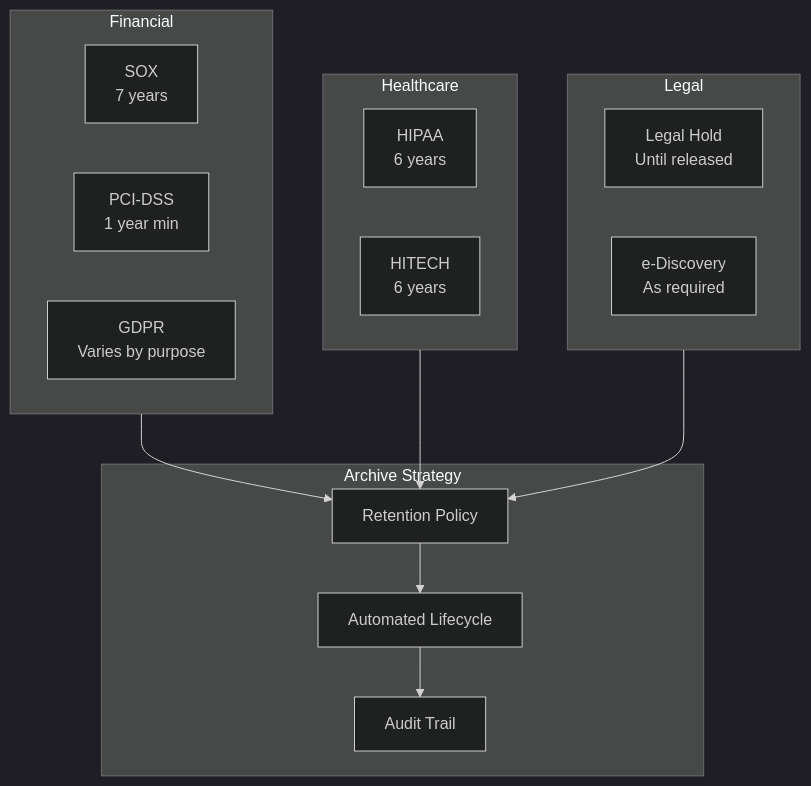
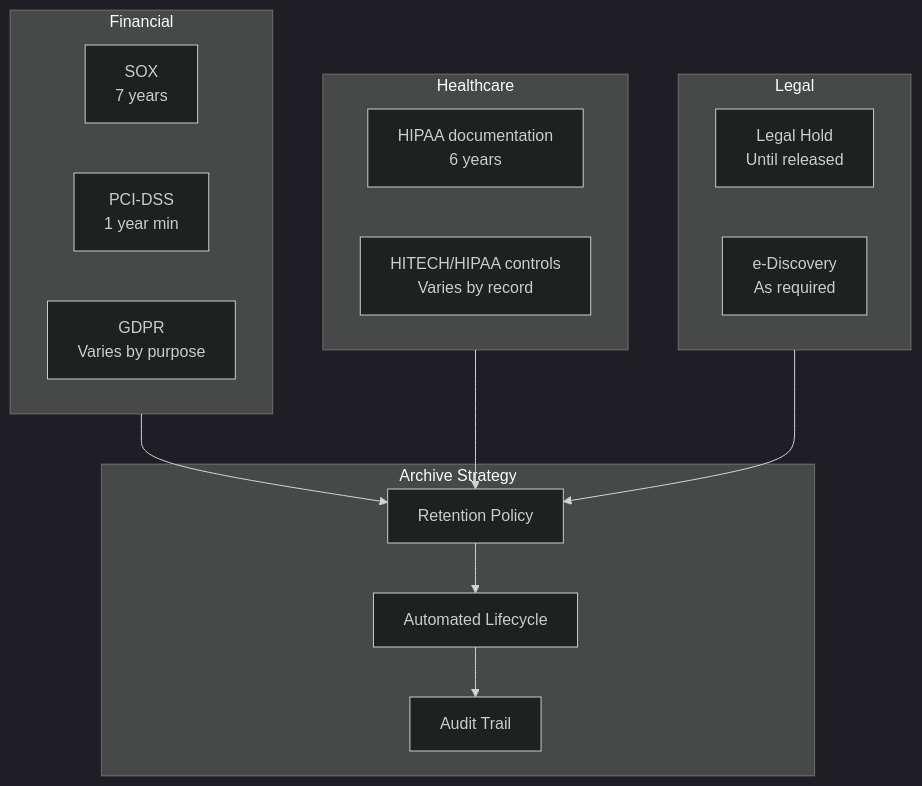
One commit to OneUptime/blog changed the second of 6 diagrams in posts/2026-01-30-archive-storage-backups/README.md. Above: the diagram before and after it, drawn with Mermaid (dark theme). The commit also changed other lines of this file and 2 other files, not shown here.

````diff
--- a/posts/2026-01-30-archive-storage-backups/README.md
+++ b/posts/2026-01-30-archive-storage-backups/README.md
@@ -88,30 +88,30 @@
 ```mermaid
 flowchart TB
     subgraph Financial
         SOX[SOX<br/>7 years]
         PCIDSS[PCI-DSS<br/>1 year min]
         GDPR[GDPR<br/>Varies by purpose]
     end
 
     subgraph Healthcare
-        HIPAA[HIPAA<br/>6 years]
-        HITECH[HITECH<br/>6 years]
+        HIPAA[HIPAA documentation<br/>6 years]
+        HITECH[HITECH/HIPAA controls<br/>Varies by record]
     end
 
     subgraph Legal
         HOLD[Legal Hold<br/>Until released]
         EDISCOVERY[e-Discovery<br/>As required]
     end
 
     subgraph Archive Strategy
         POLICY[Retention Policy]
         AUTO[Automated Lifecycle]
         AUDIT[Audit Trail]
     end
 
     Financial --> POLICY
     Healthcare --> POLICY
     Legal --> POLICY
     POLICY --> AUTO
     AUTO --> AUDIT
 ```
````
